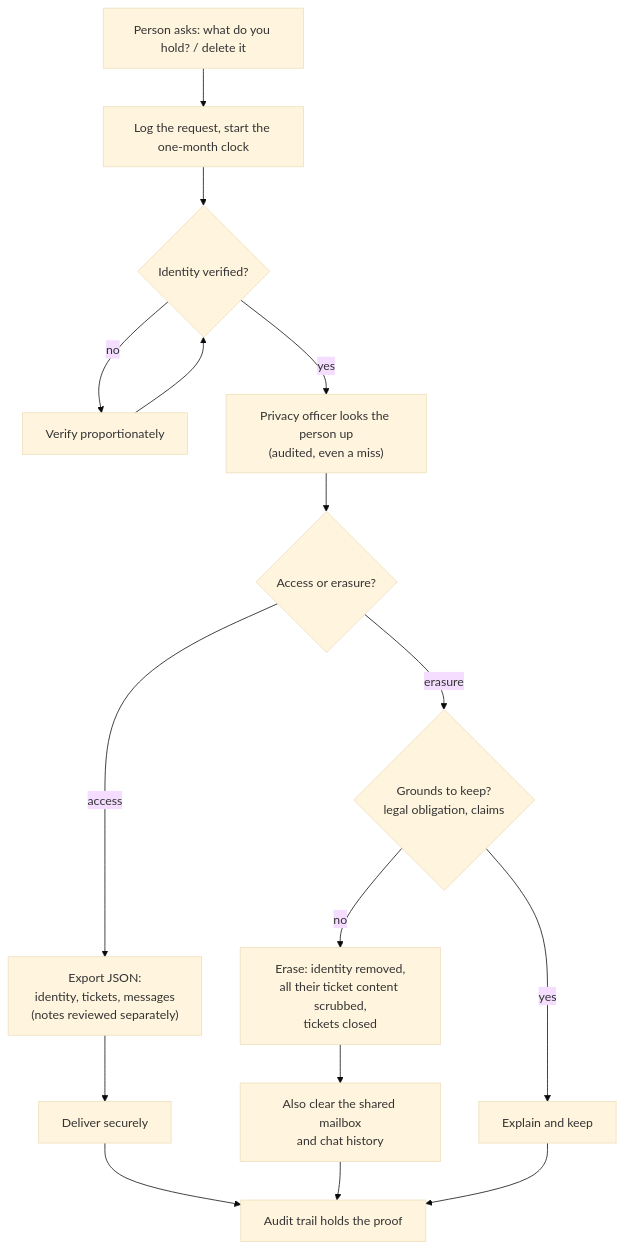
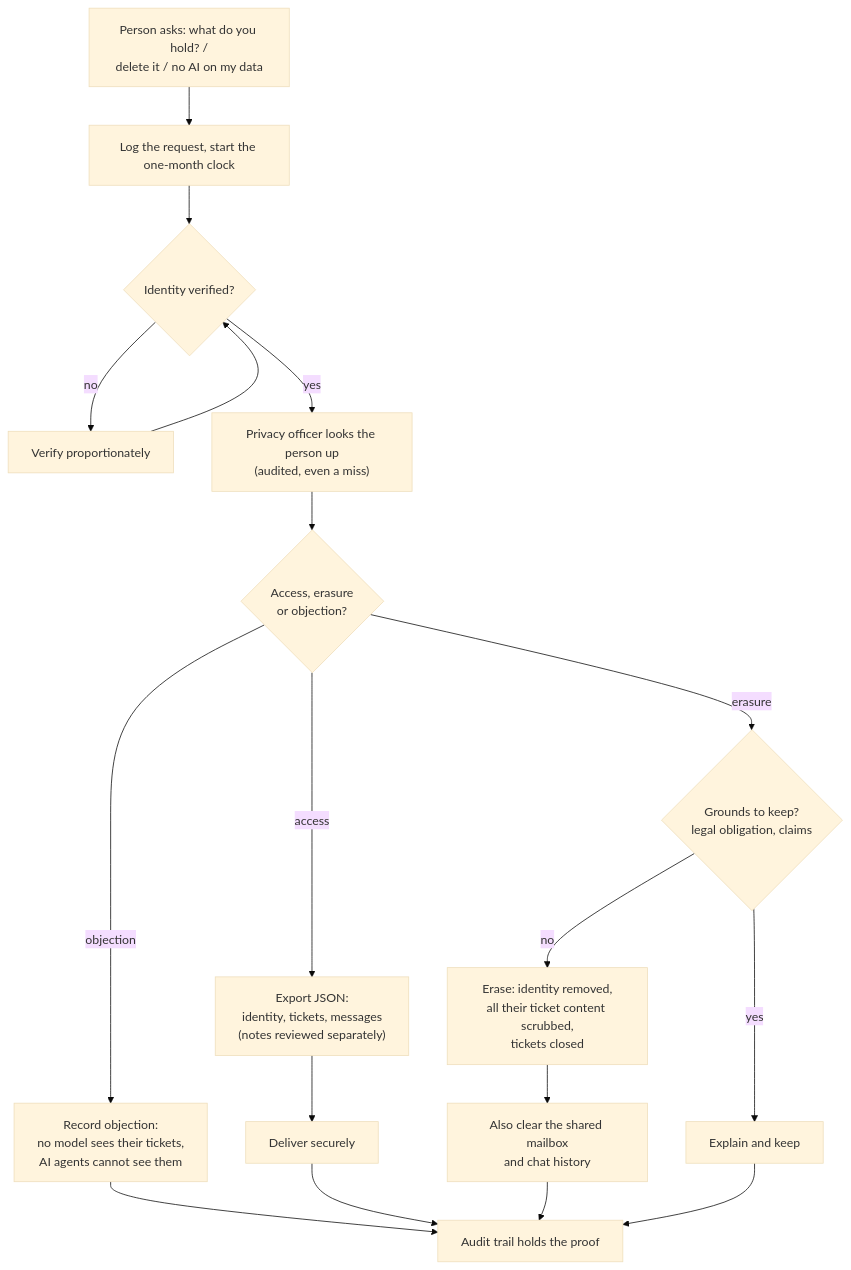
Before and after one commit to rogvid/zentral: the second of 3 diagrams in docs/processes/data.md, drawn with Mermaid (base theme). The commit also changed 38 other files, not shown here.

````diff
--- a/docs/processes/data.md
+++ b/docs/processes/data.md
@@ -66,17 +66,19 @@
 ```mermaid
 flowchart TD
-    Q["Person asks: what do you hold? / delete it"] --> L["Log the request, start the one-month clock"]
+    Q["Person asks: what do you hold? /<br/>delete it / no AI on my data"] --> L["Log the request, start the one-month clock"]
     L --> V{"Identity verified?"}
     V -- no --> VQ["Verify proportionately"] --> V
     V -- yes --> F["Privacy officer looks the person up<br/>(audited, even a miss)"]
-    F --> K{"Access or erasure?"}
+    F --> K{"Access, erasure<br/>or objection?"}
+    K -- objection --> OB["Record objection:<br/>no model sees their tickets,<br/>AI agents cannot see them"]
+    OB --> A
     K -- access --> E["Export JSON:<br/>identity, tickets, messages<br/>(notes reviewed separately)"]
     K -- erasure --> G{"Grounds to keep?<br/>legal obligation, claims"}
     G -- yes --> W["Explain and keep"]
     G -- no --> X["Erase: identity removed,<br/>all their ticket content scrubbed,<br/>tickets closed"]
     E --> D["Deliver securely"]
     X --> O["Also clear the shared mailbox<br/>and chat history"]
     D --> A["Audit trail holds the proof"]
     O --> A
     W --> A
 ```
````
